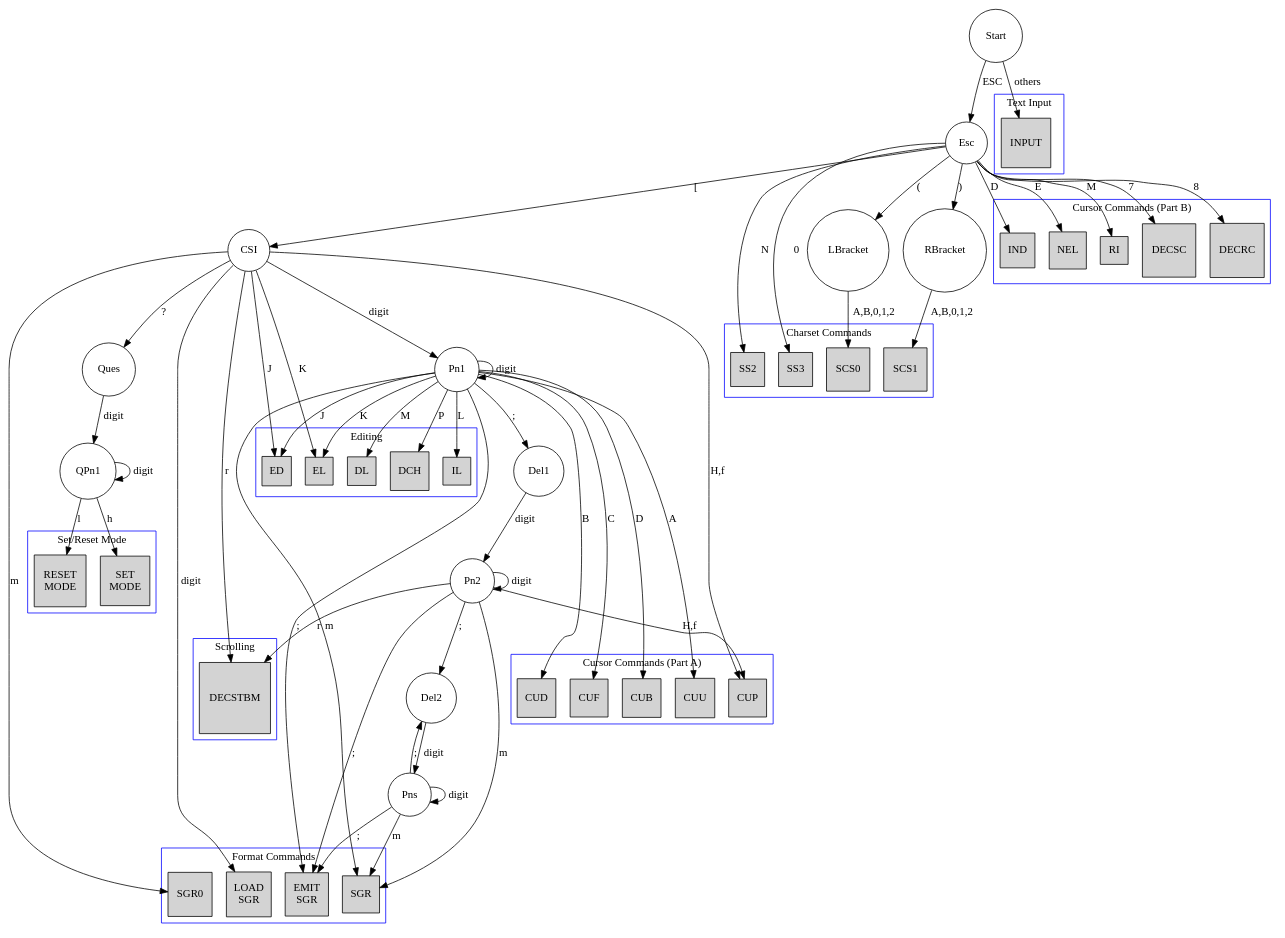
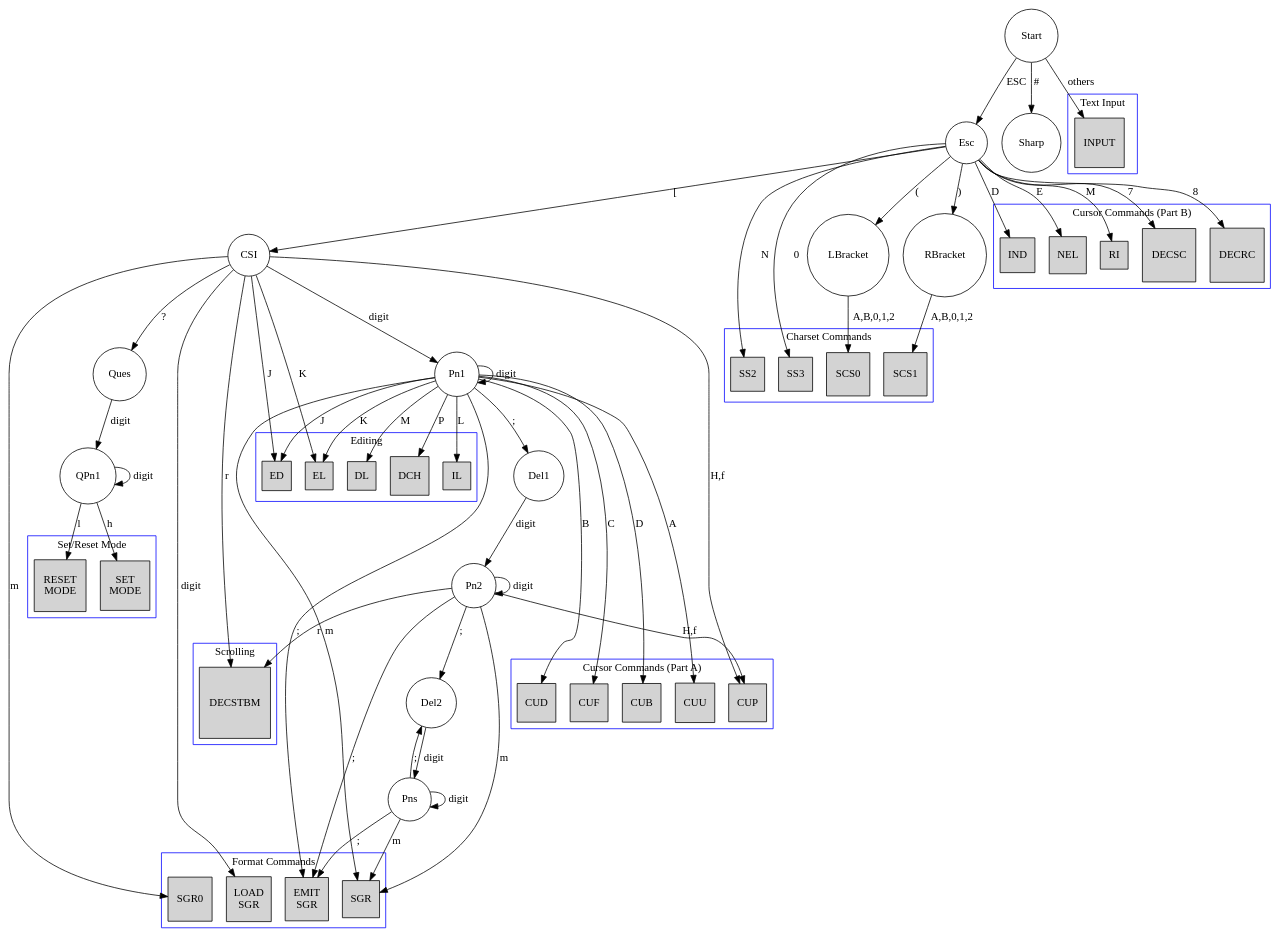
The diagram in doc/DFA.dot (Harry-Chen/fpga-virtual-console), drawn with Graphviz before and after one commit. The commit also changed 2 other files, not shown here.

Commit message:
Trapped and ignored commands "ESC # <char>"

```diff
--- a/doc/DFA.dot
+++ b/doc/DFA.dot
@@ -1,184 +1,187 @@
 digraph DFA {   
 //	edge[fontname="FangSong"];  
 //	node[peripheries=2, fontname="FangSong"];  
 //	size="16, 16";  
 	node[shape=circle];  
 
 	Start;
 
 	/* Basic structure */
 
 	// ESC
 	Start->Esc[label=ESC];
+
+	// ESC #
+	Start->Sharp[label="#"];
 
 	// ESC [
 	Esc->CSI[label="["];
 
 	// ESC [ Pn
 	CSI->Pn1[label="digit"];
 	Pn1->Pn1[label="digit"];
 
 	// ESC [ Pn; 
 	Pn1->Del1[label=";"];
 
 	// ESC [ Pn; Pn
 	Del1->Pn2[label="digit"];
 	Pn2->Pn2[label="digit"];
 
 	// ESC [ Pn; Pn; 
 	Pn2->Del2[label=";"];
 
 	// ESC [ Pn; Pn; Pns
 	Del2->Pns[label="digit"];
 	Pns->Pns[label="digit"];
 	Pns->Del2[label=";"];
 
 	// ESC (
 	Esc->LBracket[label="("];
 
 	// ESC )
 	Esc->RBracket[label=")"];
 
 	// ESC [ ?
 	CSI->Ques[label="?"];
 
 	// ESC [? Pn
 	Ques->QPn1[label="digit"];
 	QPn1->QPn1[label="digit"];
 	
 	/* Format Commands */
 	subgraph cluster0 {
 		node[style=filled,shape=square];
         color=blue;
         label="Format Commands";  
 		SGR; SGR0;
 		EMIT_SGR[label="EMIT\nSGR"];
 		LOAD_SGR[label="LOAD\nSGR"];
 	}
 
 	Pn1->EMIT_SGR[label=";"];
 	Pn2->EMIT_SGR[label=";"];
 	Pns->EMIT_SGR[label=";"];
 	Pn1->SGR[label="m"];
 	Pn2->SGR[label="m"];
 	Pns->SGR[label="m"];
 	CSI->SGR0[label="m"];
 	CSI->LOAD_SGR[label="digit"];
 
 	/* Cursor Movement Commands */
 	subgraph cluster1a {
 		node[style=filled,shape=square];
         color=blue;
         label="Cursor Commands (Part A)";  
 		CUU; CUD; CUF; CUB; CUP;
 	}
 
 	subgraph cluster1b {
 		node[style=filled,shape=square];
         color=blue;
         label="Cursor Commands (Part B)";  
 		IND; NEL; RI; DECSC; DECRC;
 	}
 
 	// ESC [ Pn A
 	Pn1->CUU[label=A];  // Cursor up
 
 	// ESC [ Pn B
 	Pn1->CUD[label=B];  // Cursor down
 
 	// ESC [ Pn C
 	Pn1->CUF[label=C];  // Cursor forward (right)
 
 	// ESC [ Pn B
 	Pn1->CUB[label=D];  // Cursor backward (left)
 
 	// ESC [ Pn; Pn H 
 	Pn2->CUP[label="H,f"]; // Cursor Position
 
 	// ESC [ H
 	CSI->CUP[label="H,f"]; // Cursor Home
 
 	// ESC D
 	Esc->IND[label=D];  // Index
 
 	// ESC E
 	Esc->NEL[label=E];  // Next line
 
 	// ESC M
 	Esc->RI[label=M];  // Reserve Index
 
 	// ESC 7
 	Esc->DECSC[label=7]; // Save cursor
 
 	// ESC 8
 	Esc->DECRC[label=8]; // Restore cursor
 
 	/* Scrolling */
 	subgraph cluster2 {
 		node[style=filled,shape=square];
         color=blue;
         label="Scrolling";  
 		DECSTBM;
 	}
 
 	// ESC [ Pn; Pn r
 	Pn2->DECSTBM[label=r]; // Set top and bottom margins
 	CSI->DECSTBM[label=r];
 
 	/* Charset Commands */
 	subgraph cluster3 {
 		node[style=filled,shape=square];
         color=blue;
         label="Charset Commands";  
 		SCS0; SCS1; SS2; SS3;
 	}
 
 	LBracket->SCS0[label="A,B,0,1,2"];
 	RBracket->SCS1[label="A,B,0,1,2"];
 	Esc->SS2[label=N];
 	Esc->SS3[label=0];
 
 	/* Erasing */
 	subgraph cluster4 {
 		node[style=filled,shape=square];
         color=blue;
         label="Erasing";  
 		EL; ED;
 	}
 
 	CSI->EL[label=K];  // Erase in line
 	Pn1->EL[label=K];
 
 	CSI->ED[label=J];  // Erase in display
 	Pn1->ED[label=J];
 
 	/* Editing */
 	subgraph cluster4 {
 		node[style=filled,shape=square];
         color=blue;
         label="Editing";  
 		DCH; IL; DL;
 	}
 
 	Pn1->DCH[label=P]; // Delete character
 	Pn1->IL[label=L];  // Insert line
 	Pn1->DL[label=M];  // Delete line
 
 	/* Set/Reset Mode Commands */
 	subgraph cluster5 {
 		node[style=filled,shape=square];
         color=blue;
         label="Set/Reset Mode";  
 		SETMODE[label="SET\nMODE"]; RESETMODE[label="RESET\nMODE"];
 	}
 	QPn1->SETMODE[label=h]
 	QPn1->RESETMODE[label=l]
 
 	subgraph cluster6 {
 		node[style=filled,shape=square];
         color=blue;
         label="Text Input";  
 		INPUT;
 	}
 	Start->INPUT[label=others];
 }         
```
